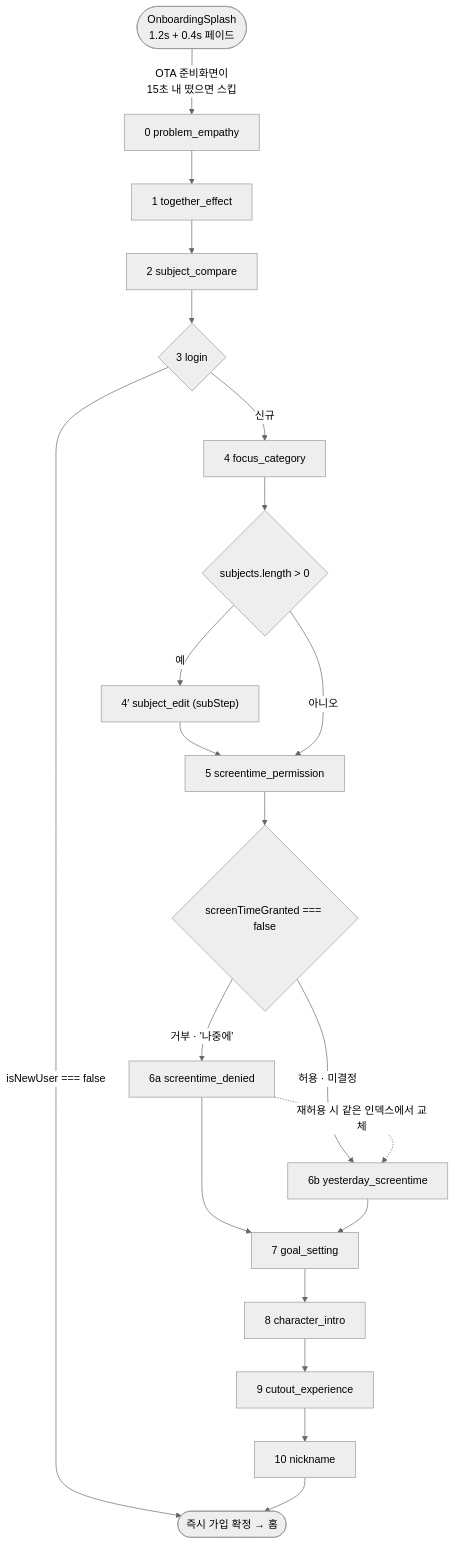
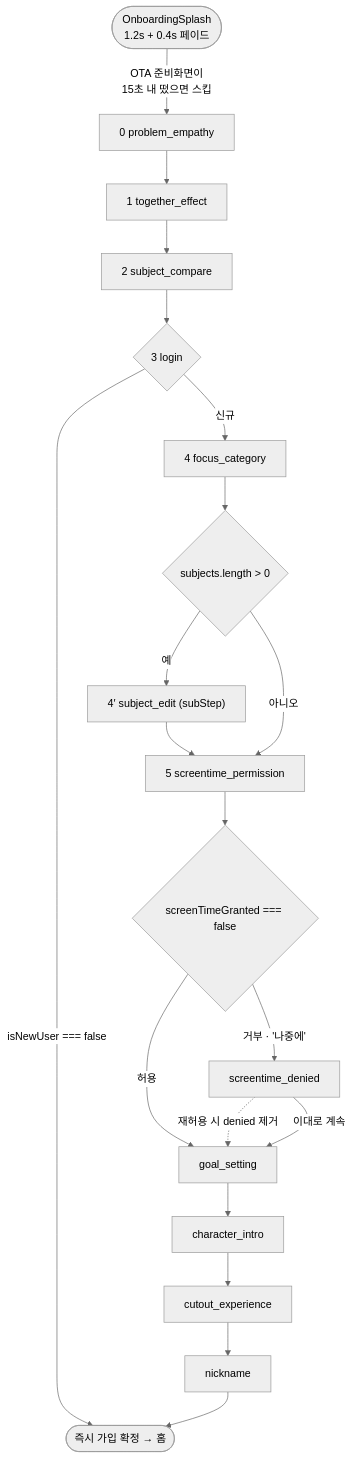
Before and after one commit to OneOrThree/phone: the third of 6 diagrams in docs/prd/onboarding/high-level-design.md, drawn with Mermaid (neutral theme). The commit also changed other lines of this file and 6 other files, not shown here.

````diff
--- a/docs/prd/onboarding/high-level-design.md
+++ b/docs/prd/onboarding/high-level-design.md
@@ -64,18 +64,17 @@
 ```mermaid
 flowchart TD
     SPL(["OnboardingSplash<br/>1.2s + 0.4s 페이드"]) -->|"OTA 준비화면이<br/>15초 내 떴으면 스킵"| S0
     S0["0 problem_empathy"] --> S1["1 together_effect"] --> S2["2 subject_compare"] --> LG{"3 login"}
     LG -->|"isNewUser === false"| FIN(["즉시 가입 확정 → 홈"])
     LG -->|"신규"| S4["4 focus_category"]
     S4 --> D1{"subjects.length > 0"}
     D1 -->|예| S4B["4′ subject_edit (subStep)"] --> S5
     D1 -->|아니오| S5["5 screentime_permission"]
     S5 --> D2{"screenTimeGranted === false"}
-    D2 -->|"거부 · '나중에'"| S6A["6a screentime_denied"]
-    D2 -->|"허용 · 미결정"| S6B["6b yesterday_screentime"]
-    S6A -.->|"재허용 시 같은 인덱스에서 교체"| S6B
-    S6A --> S7
-    S6B --> S7["7 goal_setting"]
-    S7 --> S8["8 character_intro"] --> S9["9 cutout_experience"] --> S10["10 nickname"]
-    S10 --> FIN
+    D2 -->|"거부 · '나중에'"| S6A["screentime_denied"]
+    D2 -->|"허용"| S6["goal_setting"]
+    S6A -.->|"재허용 시 denied 제거"| S6
+    S6A -->|"이대로 계속"| S6
+    S6 --> S7["character_intro"] --> S8["cutout_experience"] --> S9["nickname"]
+    S9 --> FIN
 ```
````
